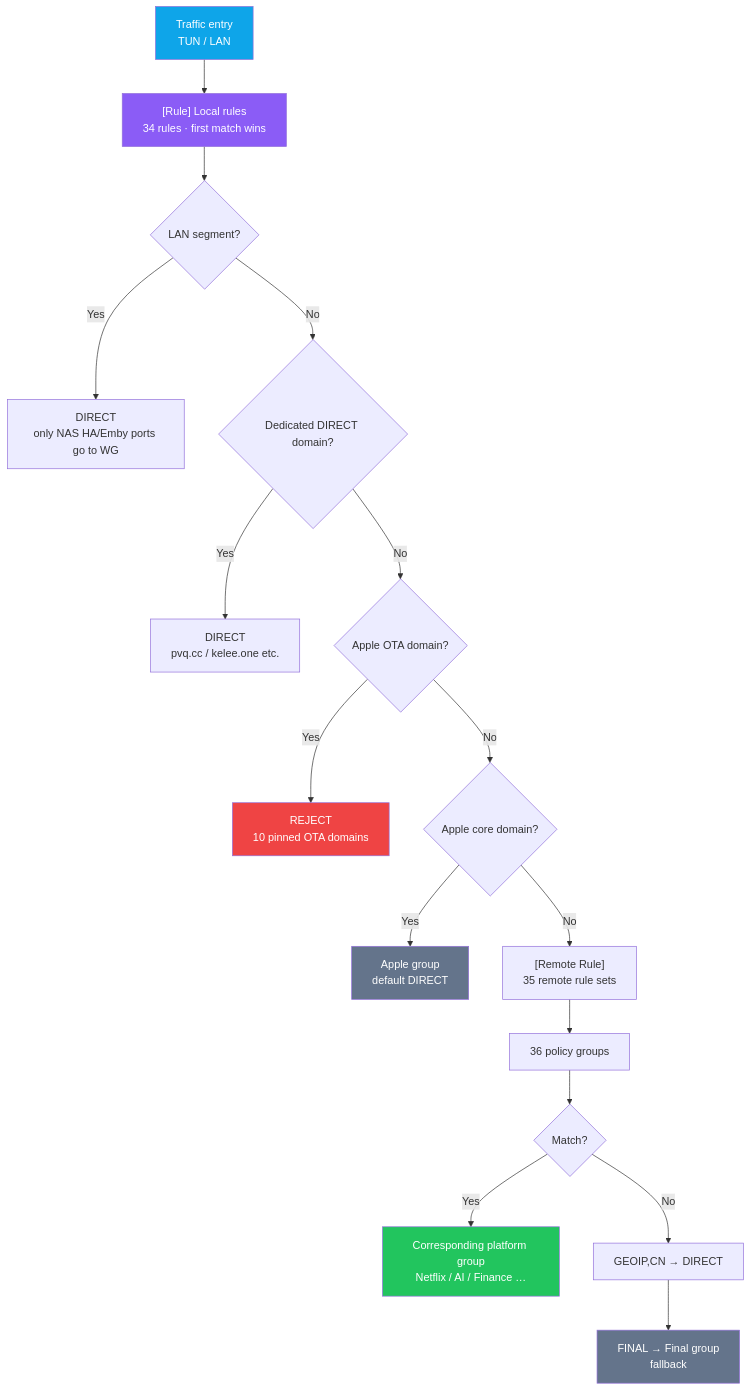
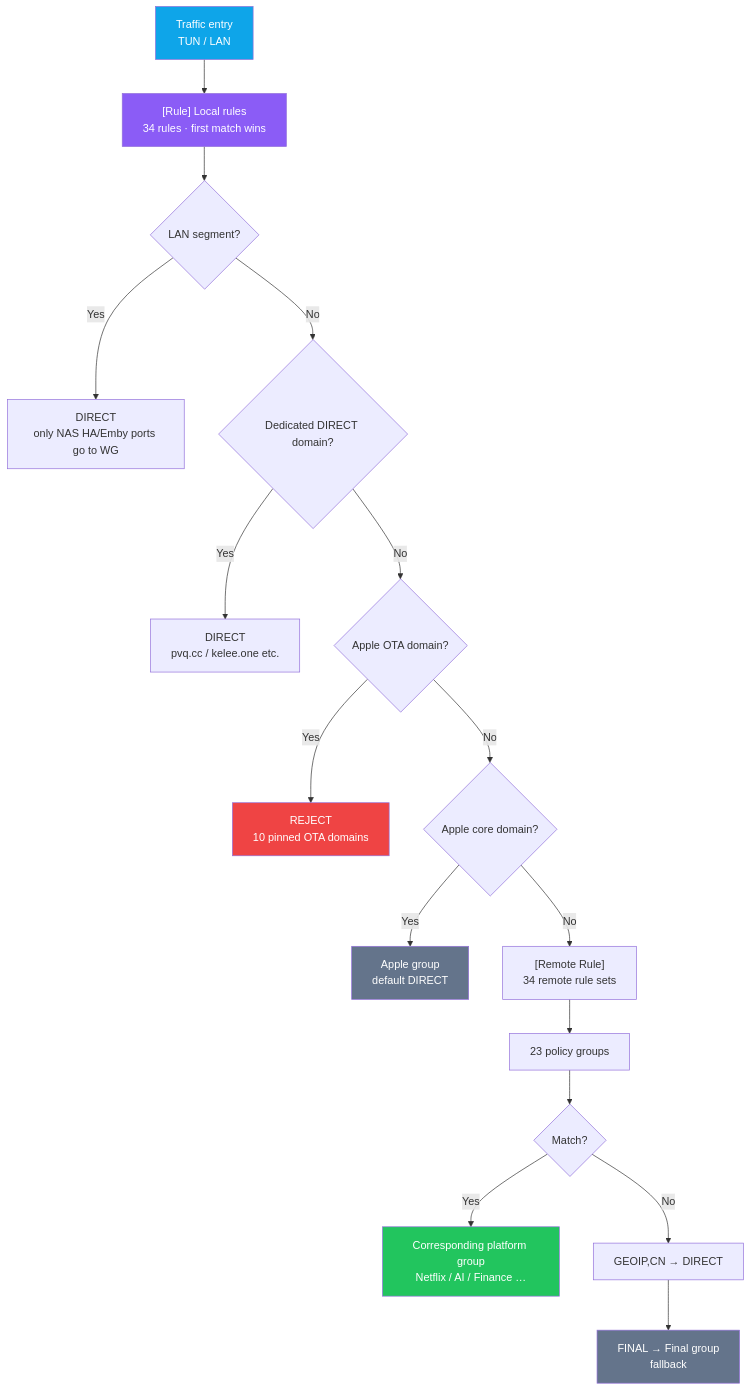
One commit to abobb414/loon-config changed the first of 2 diagrams in README.en.md. Above: the diagram before and after it, drawn with Mermaid. The commit also changed other lines of this file and 5 other files, not shown here.

````diff
--- a/README.en.md
+++ b/README.en.md
@@ -74,25 +72,25 @@
 ```mermaid
 flowchart TD
     A["Traffic entry<br/>TUN / LAN"] --> B["[Rule] Local rules<br/>34 rules · first match wins"]
     B --> C{"LAN segment?"}
     C -->|"Yes"| D["DIRECT<br/>only NAS HA/Emby ports go to WG"]
     C -->|"No"| E{"Dedicated DIRECT domain?"}
     E -->|"Yes"| F["DIRECT<br/>pvq.cc / kelee.one etc."]
     E -->|"No"| G{"Apple OTA domain?"}
     G -->|"Yes"| H["REJECT<br/>10 pinned OTA domains"]
     G -->|"No"| I{"Apple core domain?"}
     I -->|"Yes"| J["Apple group<br/>default DIRECT"]
-    I -->|"No"| K["[Remote Rule]<br/>35 remote rule sets"]
-    K --> L["36 policy groups"]
+    I -->|"No"| K["[Remote Rule]<br/>34 remote rule sets"]
+    K --> L["23 policy groups"]
     L --> M{"Match?"}
     M -->|"Yes"| N["Corresponding platform group<br/>Netflix / AI / Finance …"]
     M -->|"No"| O["GEOIP,CN → DIRECT"]
     O --> P["FINAL → Final group<br/>fallback"]
 
     style A fill:#0ea5e9,color:#fff
     style B fill:#8b5cf6,color:#fff
     style H fill:#ef4444,color:#fff
     style J fill:#64748b,color:#fff
     style N fill:#22c55e,color:#fff
     style P fill:#64748b,color:#fff
 ```
````
